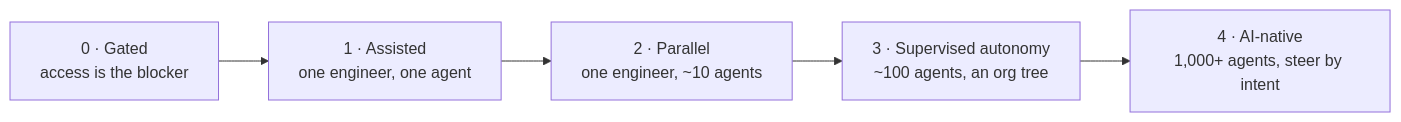
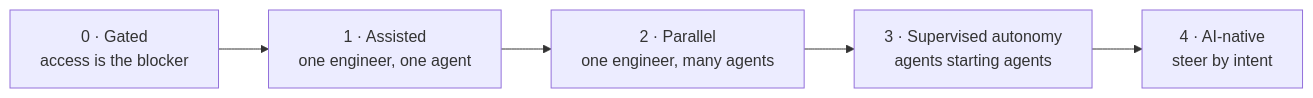
Before and after one commit to ttoss/ttoss: the second of 2 diagrams in docs/website/docs/engineering/why-engineering-is-changing.md, drawn with Mermaid. The commit also changed other lines of this file and 2 other files, not shown here.

````diff
--- a/docs/website/docs/engineering/why-engineering-is-changing.md
+++ b/docs/website/docs/engineering/why-engineering-is-changing.md
@@ -38,9 +38,9 @@
 ```mermaid
 flowchart LR
     S0["0 · Gated<br/>access is the blocker"]
     S1["1 · Assisted<br/>one engineer, one agent"]
-    S2["2 · Parallel<br/>one engineer, ~10 agents"]
-    S3["3 · Supervised autonomy<br/>~100 agents, an org tree"]
-    S4["4 · AI-native<br/>1,000+ agents, steer by intent"]
+    S2["2 · Parallel<br/>one engineer, many agents"]
+    S3["3 · Supervised autonomy<br/>agents starting agents"]
+    S4["4 · AI-native<br/>steer by intent"]
     S0 --> S1 --> S2 --> S3 --> S4
 ```
````
